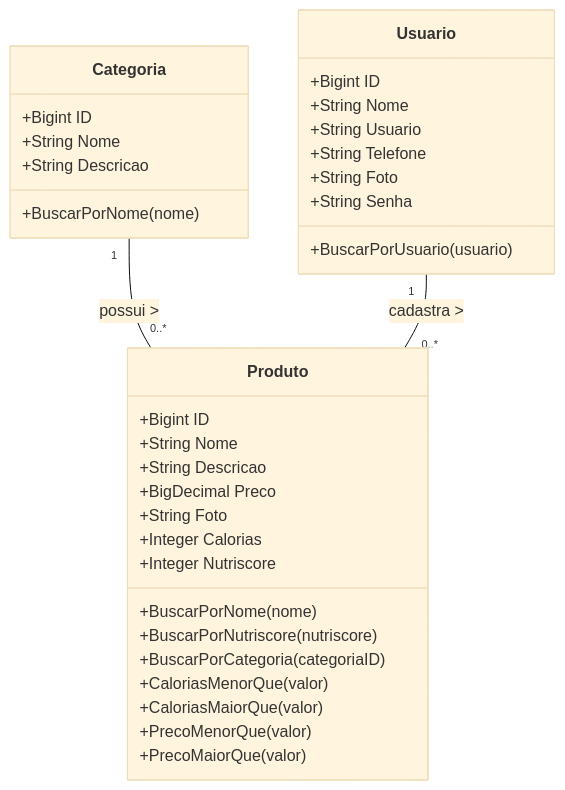
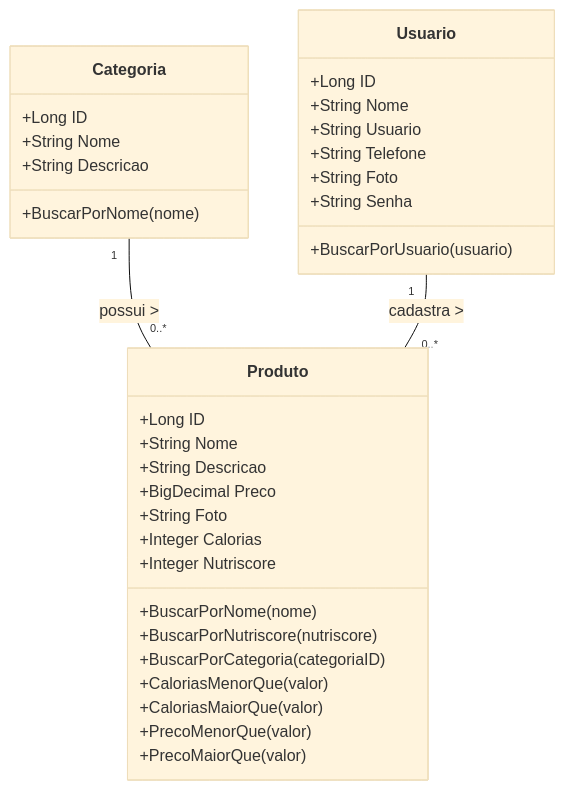
Before and after one commit to Grupo04TurmaJava82/delivery_spring: the first of 2 diagrams in README.md, drawn with Mermaid (base theme). The commit also changed other lines of this file, not shown here.

Commit message:
Update Produto DER README.md

````diff
--- a/README.md
+++ b/README.md
@@ -53,37 +53,37 @@
 ```mermaid
 classDiagram
     class Categoria {
-        +Bigint ID
+        +Long ID
         +String Nome
         +String Descricao
         +BuscarPorNome(nome)
     }
     class Produto {
-        +Bigint ID
+        +Long ID
         +String Nome
         +String Descricao
         +BigDecimal Preco
         +String Foto
         +Integer Calorias
         +Integer Nutriscore
         +BuscarPorNome(nome)
         +BuscarPorNutriscore(nutriscore)
         +BuscarPorCategoria(categoriaID)
         +CaloriasMenorQue(valor)
         +CaloriasMaiorQue(valor)
         +PrecoMenorQue(valor)
         +PrecoMaiorQue(valor)
     }
     class Usuario {
-        +Bigint ID
+        +Long ID
         +String Nome
         +String Usuario
         +String Telefone
         +String Foto
         +String Senha
         +BuscarPorUsuario(usuario)
     }
 
     Categoria "1" -- "0..*" Produto : possui >
     Usuario "1" -- "0..*" Produto : cadastra >
 ```
````
